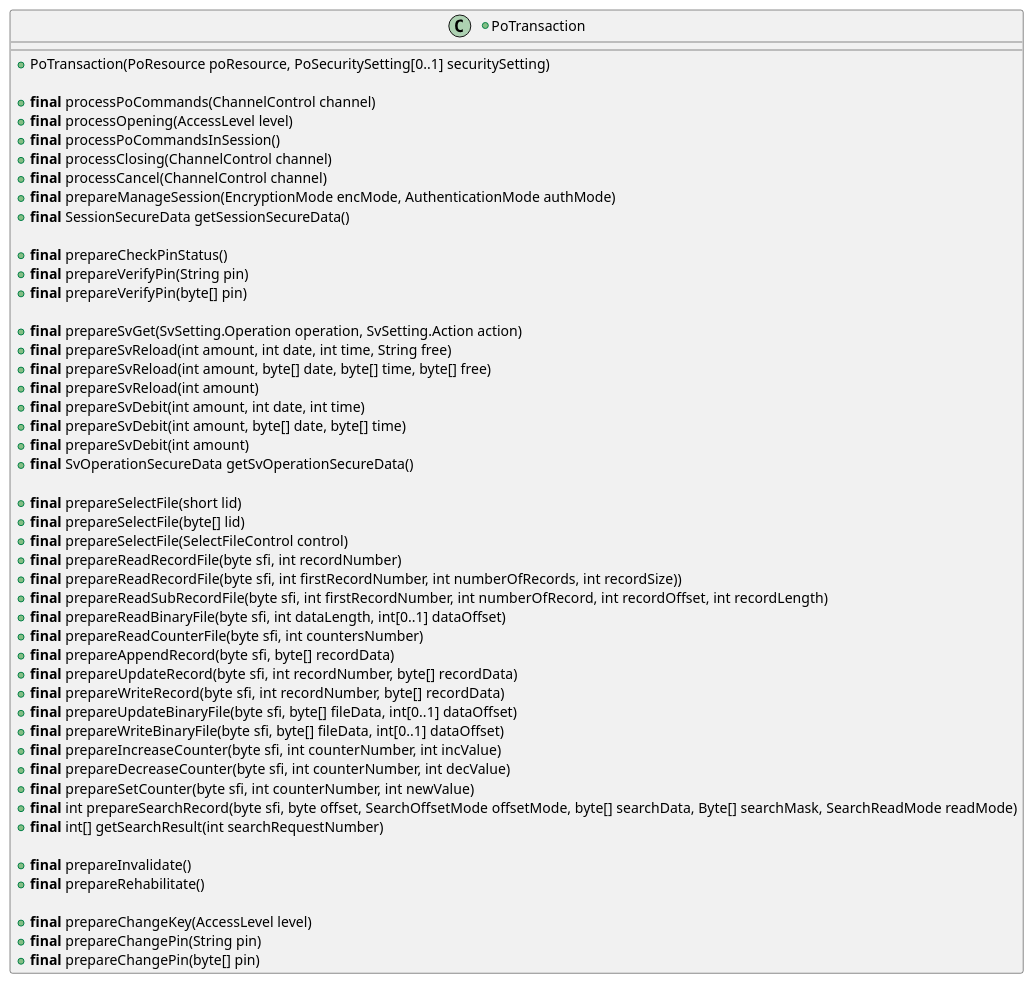
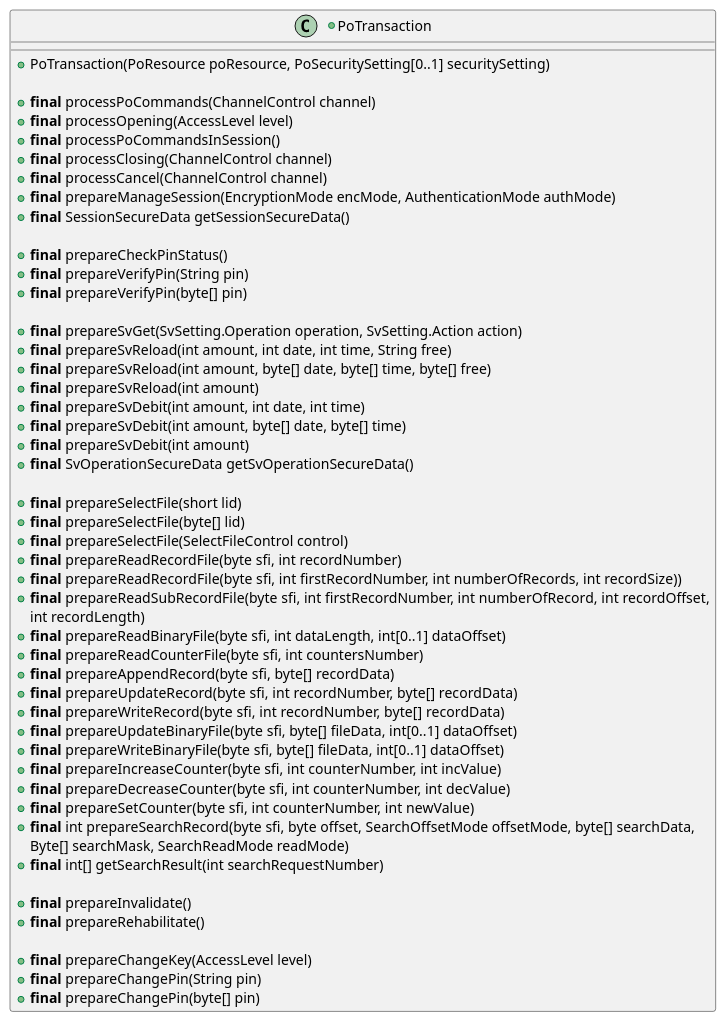
The ninth of 19 diagrams in src/KeypleCalypsoApi/ApplicationApi/puml/KeypleCalypso-ApplicationApi-ClassDiag-Transaction-ClassElements.iuml (calypsonet/keyple), drawn with PlantUML before and after one commit. The commit also changed other lines of this file and 27 other files, not shown here.

```diff
--- a/src/KeypleCalypsoApi/ApplicationApi/puml/KeypleCalypso-ApplicationApi-ClassDiag-Transaction-ClassElements.iuml
+++ b/src/KeypleCalypsoApi/ApplicationApi/puml/KeypleCalypso-ApplicationApi-ClassDiag-Transaction-ClassElements.iuml
@@ -230,55 +243,57 @@
 @startuml(id=TRANSACTION_POTRANSACTION_0_8_0)
 +class PoTransaction {
   +PoTransaction(PoResource poResource, PoSecuritySetting[0..1] securitySetting)
 
   +<b>final</b> processPoCommands(ChannelControl channel)
   +<b>final</b> processOpening(AccessLevel level)
   +<b>final</b> processPoCommandsInSession()
   +<b>final</b> processClosing(ChannelControl channel)
   +<b>final</b> processCancel(ChannelControl channel)
   +<b>final</b> prepareManageSession(EncryptionMode encMode, AuthenticationMode authMode)
   +<b>final</b> SessionSecureData getSessionSecureData()
 
   +<b>final</b> prepareCheckPinStatus()
   +<b>final</b> prepareVerifyPin(String pin)
   +<b>final</b> prepareVerifyPin(byte[] pin)
 
   +<b>final</b> prepareSvGet(SvSetting.Operation operation, SvSetting.Action action)
   +<b>final</b> prepareSvReload(int amount, int date, int time, String free)
   +<b>final</b> prepareSvReload(int amount, byte[] date, byte[] time, byte[] free)
   +<b>final</b> prepareSvReload(int amount)
   +<b>final</b> prepareSvDebit(int amount, int date, int time)
   +<b>final</b> prepareSvDebit(int amount, byte[] date, byte[] time)
   +<b>final</b> prepareSvDebit(int amount)
   +<b>final</b> SvOperationSecureData getSvOperationSecureData()
 
   +<b>final</b> prepareSelectFile(short lid)
   +<b>final</b> prepareSelectFile(byte[] lid)
   +<b>final</b> prepareSelectFile(SelectFileControl control)
   'lecture d'un record hors session (Le à 00h)
   +<b>final</b> prepareReadRecordFile(byte sfi, int recordNumber)
   'exception si recordSize erronée
   +<b>final</b> prepareReadRecordFile(byte sfi, int firstRecordNumber, int numberOfRecords, int recordSize))
-  +<b>final</b> prepareReadSubRecordFile(byte sfi, int firstRecordNumber, int numberOfRecord, int recordOffset, int recordLength)
+  +<b>final</b> prepareReadSubRecordFile(byte sfi, int firstRecordNumber, int numberOfRecord, int recordOffset,
+    int recordLength)
   +<b>final</b> prepareReadBinaryFile(byte sfi, int dataLength, int[0..1] dataOffset)
   'compteur simulé : exception si countersNumber<>1 et si countersNumber <> 1
   +<b>final</b> prepareReadCounterFile(byte sfi, int countersNumber)
   +<b>final</b> prepareAppendRecord(byte sfi, byte[] recordData)
   +<b>final</b> prepareUpdateRecord(byte sfi, int recordNumber, byte[] recordData)
   +<b>final</b> prepareWriteRecord(byte sfi, int recordNumber, byte[] recordData)
   +<b>final</b> prepareUpdateBinaryFile(byte sfi, byte[] fileData, int[0..1] dataOffset)
   +<b>final</b> prepareWriteBinaryFile(byte sfi, byte[] fileData, int[0..1] dataOffset)
   +<b>final</b> prepareIncreaseCounter(byte sfi, int counterNumber, int incValue)
   +<b>final</b> prepareDecreaseCounter(byte sfi, int counterNumber, int decValue)
   +<b>final</b> prepareSetCounter(byte sfi, int counterNumber, int newValue)
-  +<b>final</b> int prepareSearchRecord(byte sfi, byte offset, SearchOffsetMode offsetMode, byte[] searchData, Byte[] searchMask, SearchReadMode readMode)
+  +<b>final</b> int prepareSearchRecord(byte sfi, byte offset, SearchOffsetMode offsetMode, byte[] searchData,
+    Byte[] searchMask, SearchReadMode readMode)
   +<b>final</b> int[] getSearchResult(int searchRequestNumber)
 
   +<b>final</b> prepareInvalidate()
   +<b>final</b> prepareRehabilitate()
 
   +<b>final</b> prepareChangeKey(AccessLevel level)
   +<b>final</b> prepareChangePin(String pin)
   +<b>final</b> prepareChangePin(byte[] pin)
 }
 @enduml
```
